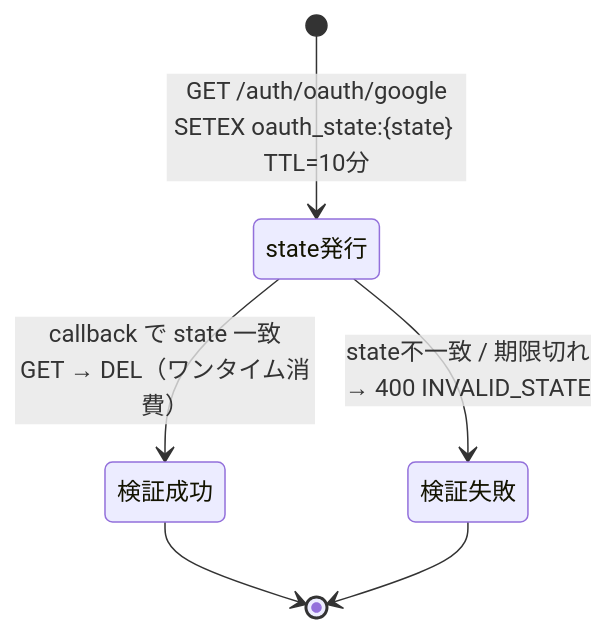
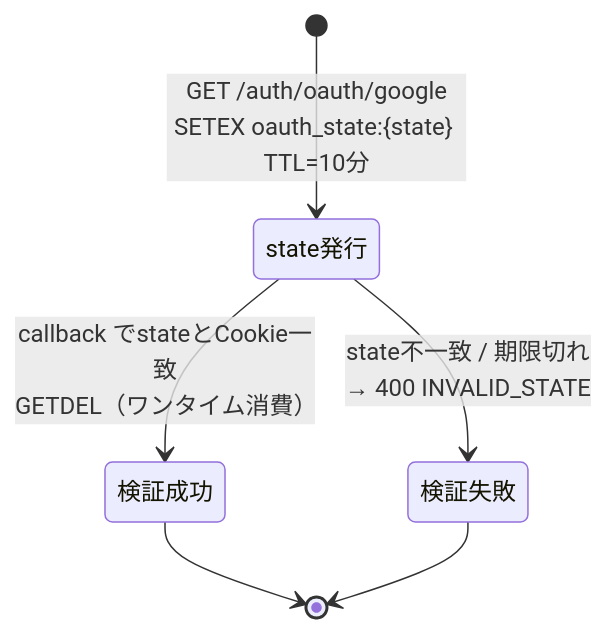
The fourth of 5 diagrams in basic_design/02_redis.md (oikawa-d/task_management), drawn with Mermaid before and after one commit. The commit also changed other lines of this file and 15 other files, not shown here.

````diff
--- a/basic_design/02_redis.md
+++ b/basic_design/02_redis.md
@@ -103,8 +103,8 @@
 ```mermaid
 stateDiagram-v2
     [*] --> state発行: GET /auth/oauth/google<br/>SETEX oauth_state:{state} TTL=10分
-    state発行 --> 検証成功: callback で state 一致<br/>GET → DEL（ワンタイム消費）
+    state発行 --> 検証成功: callback でstateとCookie一致<br/>GETDEL（ワンタイム消費）
     state発行 --> 検証失敗: state不一致 / 期限切れ<br/>→ 400 INVALID_STATE
     検証成功 --> [*]
     検証失敗 --> [*]
 ```
````
